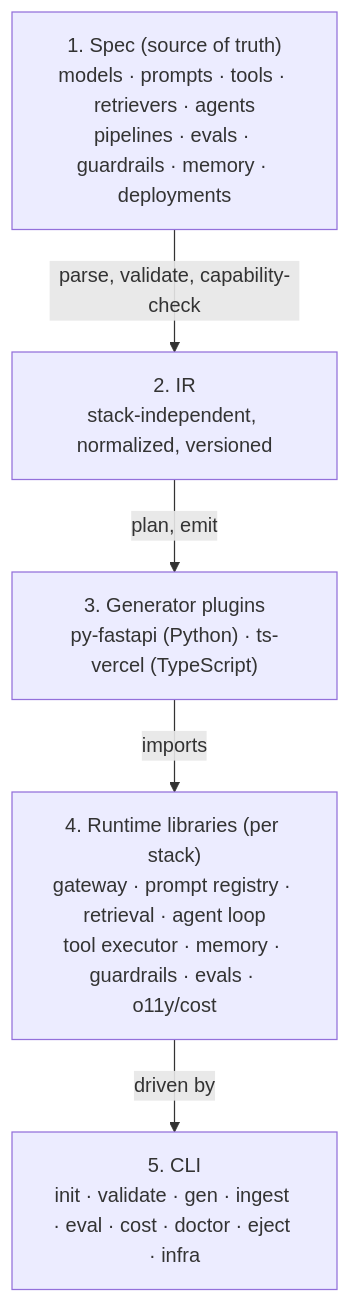
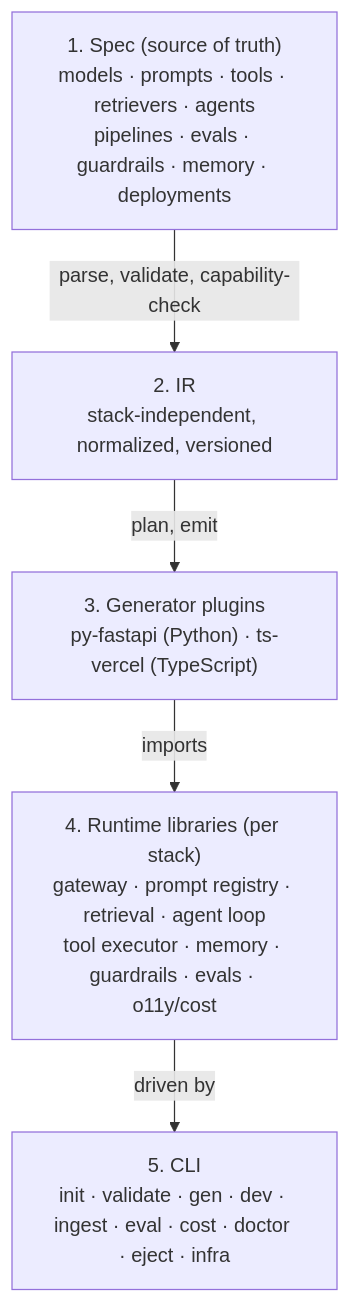
The diagram in README.md (aid-framework/aid-framework), drawn with Mermaid before and after one commit. The commit also changed other lines of this file and 19 other files, not shown here.

First line of the commit message:
feat(cli): add `aid dev` to regenerate and serve the application (#77)

````diff
--- a/README.md
+++ b/README.md
@@ -46,12 +46,12 @@
 ```mermaid
 flowchart TD
     A["1. Spec (source of truth)<br/>models · prompts · tools · retrievers · agents<br/>pipelines · evals · guardrails · memory · deployments"]
     B["2. IR<br/>stack-independent, normalized, versioned"]
     C["3. Generator plugins<br/>py-fastapi (Python) · ts-vercel (TypeScript)"]
     D["4. Runtime libraries (per stack)<br/>gateway · prompt registry · retrieval · agent loop<br/>tool executor · memory · guardrails · evals · o11y/cost"]
-    E["5. CLI<br/>init · validate · gen · ingest · eval · cost · doctor · eject · infra"]
+    E["5. CLI<br/>init · validate · gen · dev · ingest · eval · cost · doctor · eject · infra"]
     A -->|parse, validate, capability-check| B
     B -->|plan, emit| C
     C -->|imports| D
     D -->|driven by| E
 ```
````
